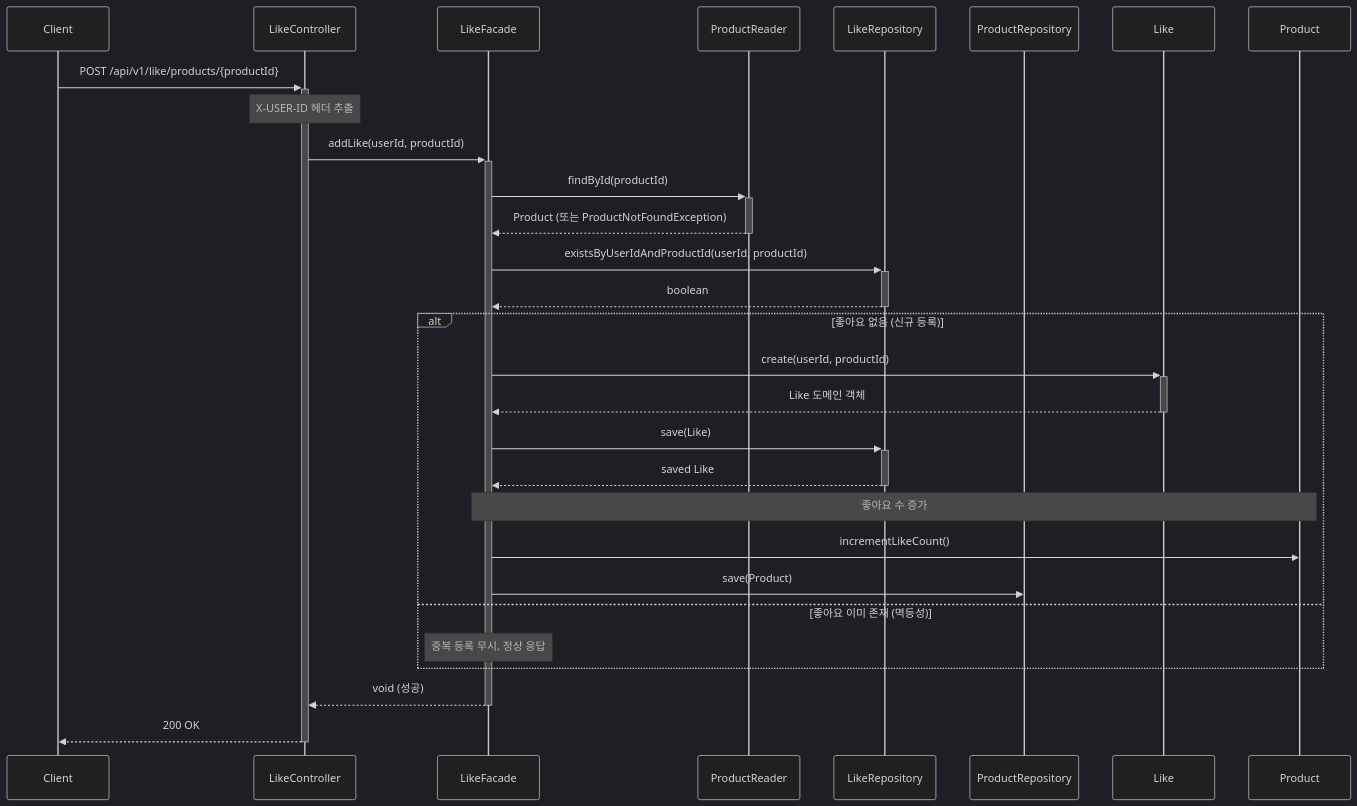
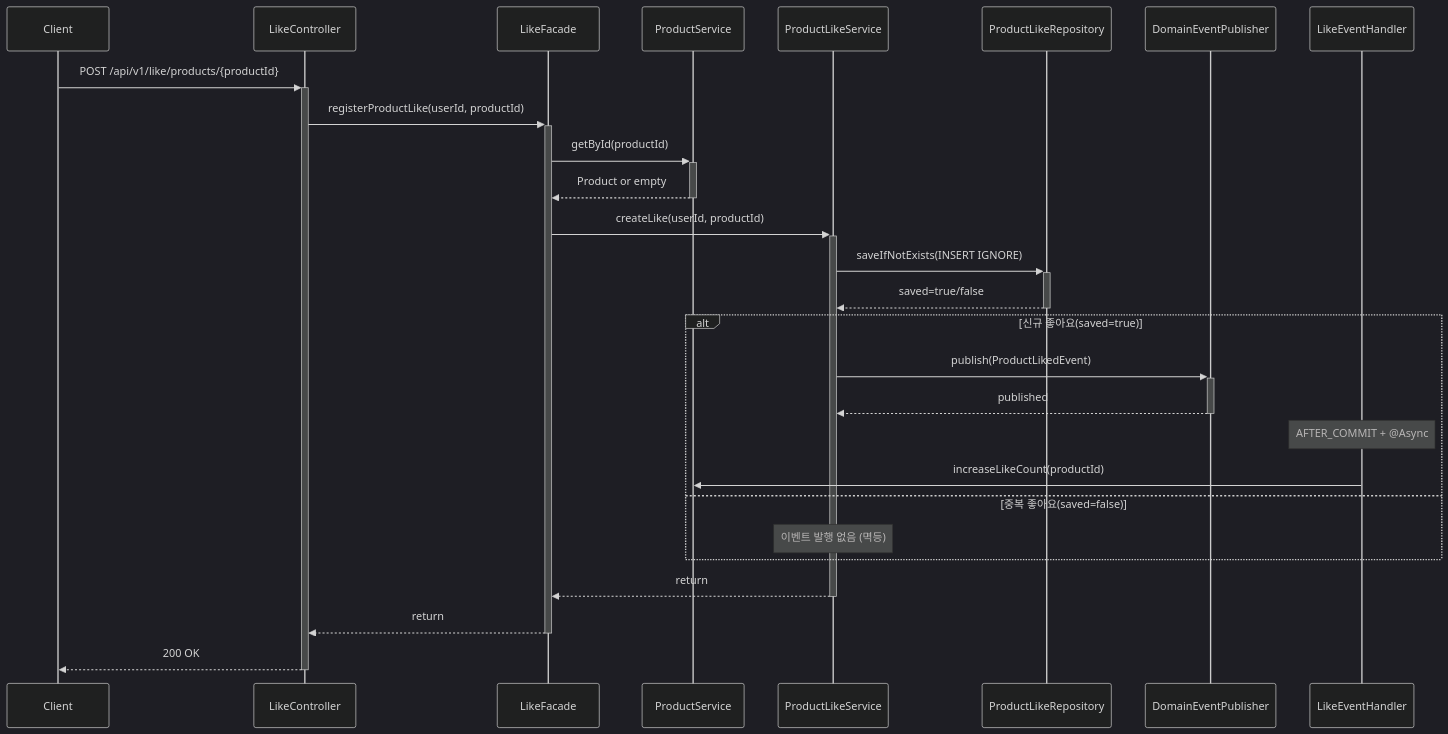
One commit to JeonJe/commerce-backend changed the third of 10 diagrams in docs/design/02-sequence-diagrams.md. Above: the diagram before and after it, drawn with Mermaid (dark theme). The commit also changed other lines of this file and 9 other files, not shown here.

````diff
--- a/docs/design/02-sequence-diagrams.md
+++ b/docs/design/02-sequence-diagrams.md
@@ -182,38 +95,34 @@
 ```mermaid
 sequenceDiagram
     participant Client
     participant LikeController
     participant LikeFacade
-    participant ProductReader
-    participant LikeRepository
-    participant ProductRepository
-    participant Like
-    participant Product
+    participant ProductService
+    participant ProductLikeService
+    participant LikeRepo as ProductLikeRepository
+    participant EventPublisher as DomainEventPublisher
+    participant LikeEventHandler
 
     Client->>+LikeController: POST /api/v1/like/products/{productId}
-    Note over LikeController: X-USER-ID 헤더 추출
+    LikeController->>+LikeFacade: registerProductLike(userId, productId)
 
-    LikeController->>+LikeFacade: addLike(userId, productId)
+    LikeFacade->>+ProductService: getById(productId)
+    ProductService-->>-LikeFacade: Product or empty
 
-    LikeFacade->>+ProductReader: findById(productId)
-    ProductReader-->>-LikeFacade: Product (또는 ProductNotFoundException)
+    LikeFacade->>+ProductLikeService: createLike(userId, productId)
+    ProductLikeService->>+LikeRepo: saveIfNotExists(INSERT IGNORE)
+    LikeRepo-->>-ProductLikeService: saved=true/false
 
-    LikeFacade->>+LikeRepository: existsByUserIdAndProductId(userId, productId)
-    LikeRepository-->>-LikeFacade: boolean
-
-    alt 좋아요 없음 (신규 등록)
-        LikeFacade->>+Like: create(userId, productId)
-        Like-->>-LikeFacade: Like 도메인 객체
-        LikeFacade->>+LikeRepository: save(Like)
-        LikeRepository-->>-LikeFacade: saved Like
-
-        Note over LikeFacade,Product: 좋아요 수 증가
-        LikeFacade->>Product: incrementLikeCount()
-        LikeFacade->>ProductRepository: save(Product)
-    else 좋아요 이미 존재 (멱등성)
-        Note over LikeFacade: 중복 등록 무시, 정상 응답
+    alt 신규 좋아요(saved=true)
+        ProductLikeService->>+EventPublisher: publish(ProductLikedEvent)
+        EventPublisher-->>-ProductLikeService: published
+        Note over LikeEventHandler: AFTER_COMMIT + @Async
+        LikeEventHandler->>ProductService: increaseLikeCount(productId)
+    else 중복 좋아요(saved=false)
+        Note over ProductLikeService: 이벤트 발행 없음 (멱등)
     end
 
-    LikeFacade-->>-LikeController: void (성공)
+    ProductLikeService-->>-LikeFacade: return
+    LikeFacade-->>-LikeController: return
     LikeController-->>-Client: 200 OK
 ```
````
